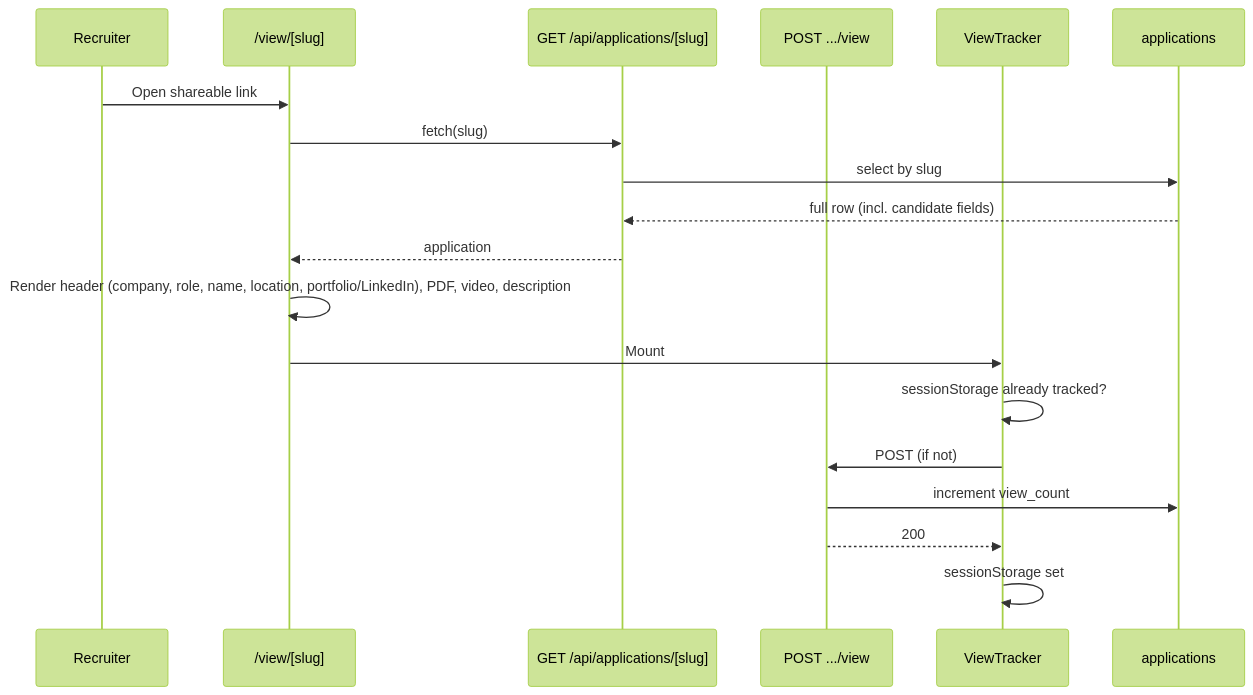
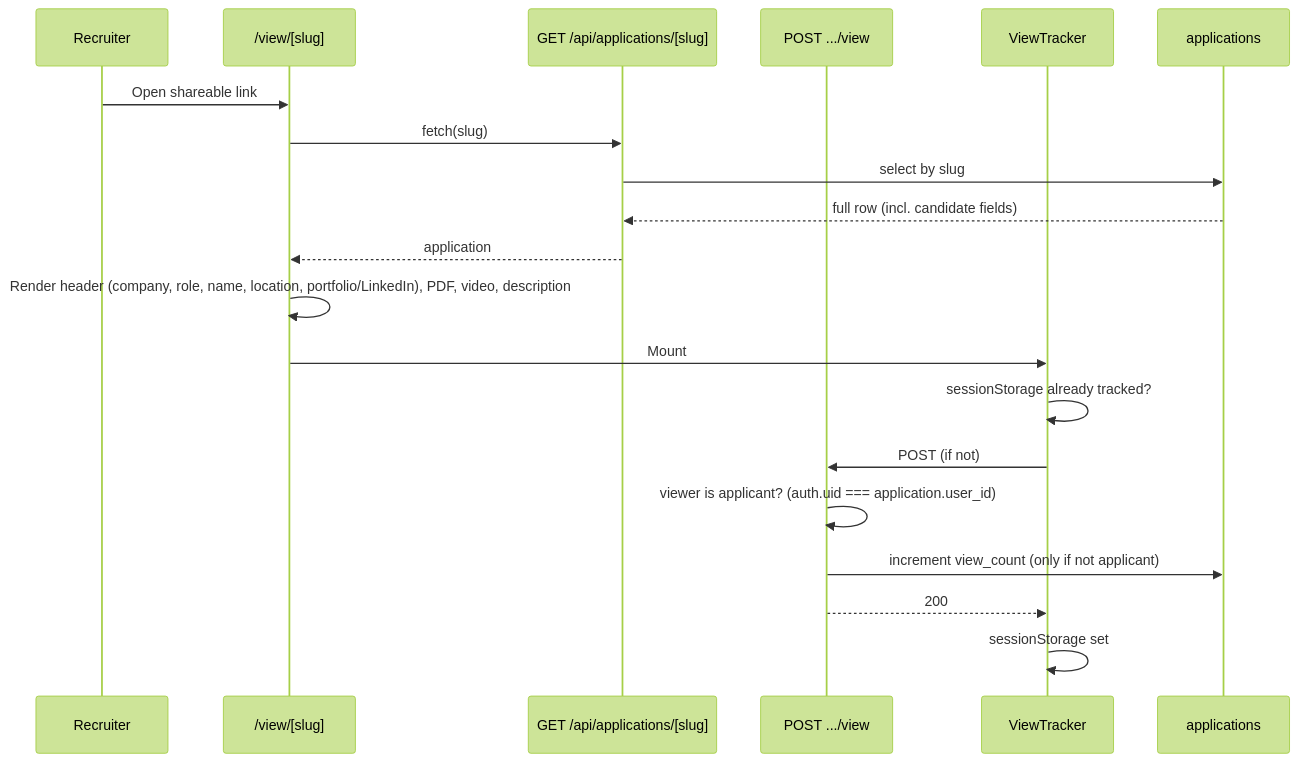
One commit to joan-gerard/my-hire-view changed the sixth of 6 diagrams in docs/DATA_FLOW.md. Above: the diagram before and after it, drawn with Mermaid (forest theme). The commit also changed other lines of this file and 2 other files, not shown here.

Commit message:
Exclude applicant from view count when viewing own application

````diff
--- a/docs/DATA_FLOW.md
+++ b/docs/DATA_FLOW.md
@@ -188,22 +188,23 @@
 ```mermaid
 sequenceDiagram
   participant R as Recruiter
   participant Page as /view/[slug]
   participant SlugAPI as GET /api/applications/[slug]
   participant ViewAPI as POST .../view
   participant VT as ViewTracker
   participant Applications as applications
 
   R->>Page: Open shareable link
   Page->>SlugAPI: fetch(slug)
   SlugAPI->>Applications: select by slug
   Applications-->>SlugAPI: full row (incl. candidate fields)
   SlugAPI-->>Page: application
   Page->>Page: Render header (company, role, name, location, portfolio/LinkedIn), PDF, video, description
   Page->>VT: Mount
   VT->>VT: sessionStorage already tracked?
   VT->>ViewAPI: POST (if not)
-  ViewAPI->>Applications: increment view_count
+  ViewAPI->>ViewAPI: viewer is applicant? (auth.uid === application.user_id)
+  ViewAPI->>Applications: increment view_count (only if not applicant)
   ViewAPI-->>VT: 200
   VT->>VT: sessionStorage set
 ```
````
